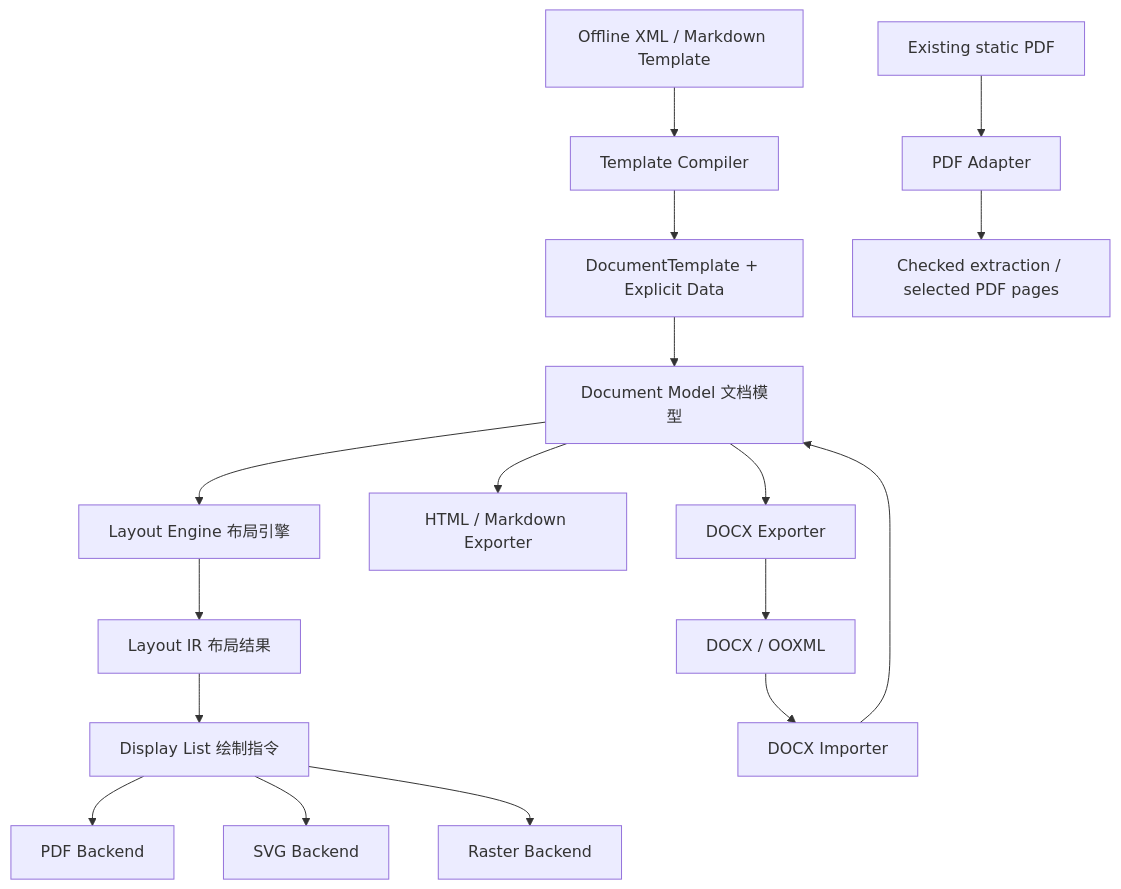
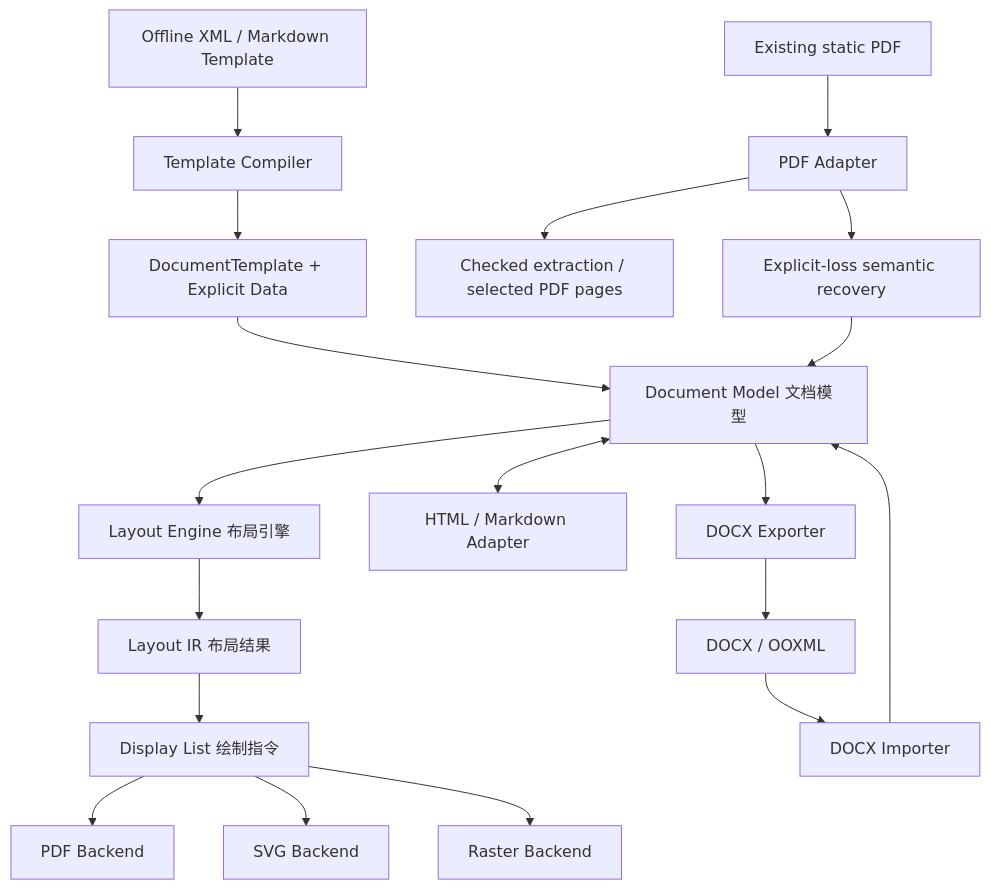
One commit to mirakyux/export4j changed the diagram in docs/architecture.md. Above: the diagram before and after it, drawn with Mermaid. The commit also changed other lines of this file and 373 other files, not shown here.

```diff
--- a/docs/architecture.md
+++ b/docs/architecture.md
@@ -7,19 +7,21 @@
 ~~~mermaid
 flowchart TD
     M[Document Model 文档模型] --> L[Layout Engine 布局引擎]
     L --> IR[Layout IR 布局结果]
     IR --> DL[Display List 绘制指令]
     DL --> PDF[PDF Backend]
     DL --> SVG[SVG Backend]
     DL --> R[Raster Backend]
     DOCX[DOCX / OOXML] --> I[DOCX Importer]
     I --> M
-    M --> Web[HTML / Markdown Exporter]
+    M <--> Web[HTML / Markdown Adapter]
     M --> E[DOCX Exporter]
     E --> DOCX
     XML[Offline XML / Markdown Template] --> T[Template Compiler]
     T --> B[DocumentTemplate + Explicit Data]
     B --> M
     Existing[Existing static PDF] --> PA[PDF Adapter]
     PA --> Combined[Checked extraction / selected PDF pages]
+    PA --> Recovery[Explicit-loss semantic recovery]
+    Recovery --> M
 ~~~
```
